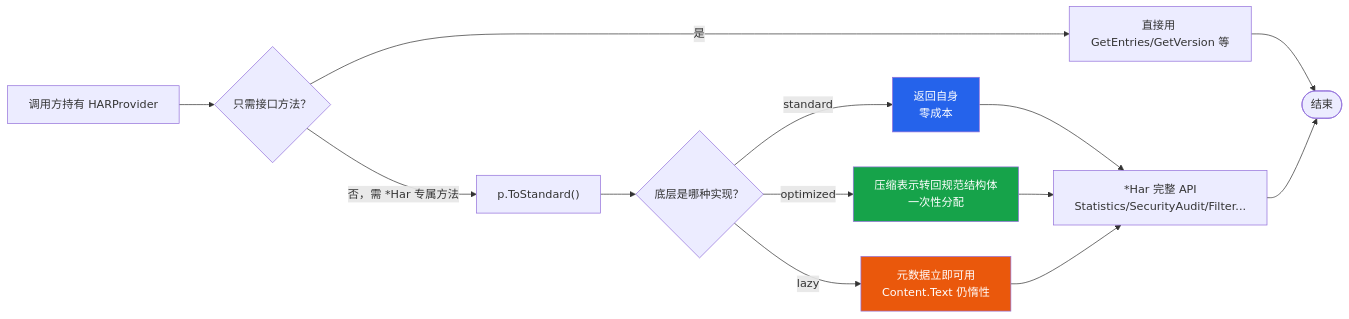
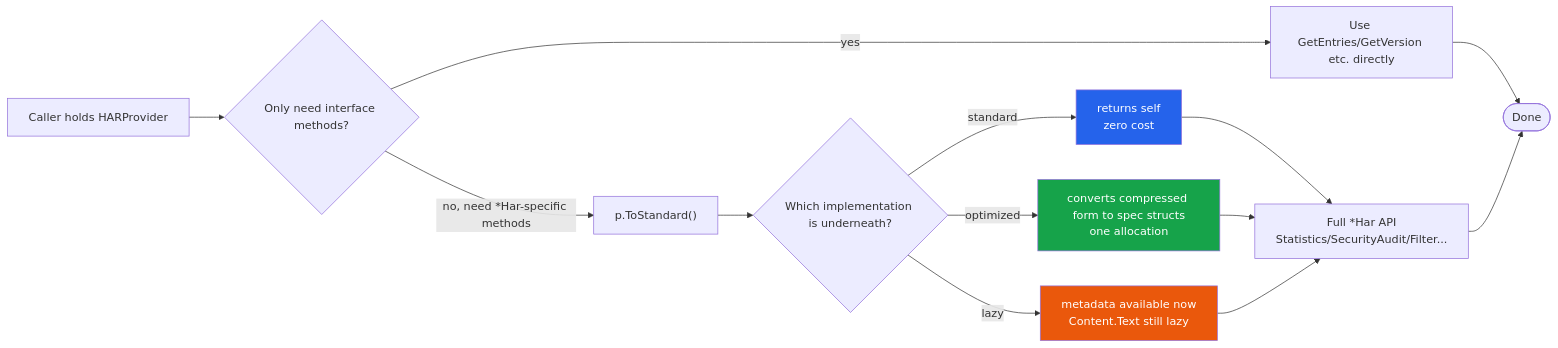
Before and after one commit to hitechcloud-vietnam/har-skills: the third of 3 diagrams in website/zh/sdk/providers.md, drawn with Mermaid. The commit also changed other lines of this file and 97 other files, not shown here.

````diff
--- a/website/zh/sdk/providers.md
+++ b/website/zh/sdk/providers.md
@@ -345,22 +345,22 @@
 ```mermaid
 flowchart LR
-    A[调用方持有 HARProvider] --> B{只需接口方法？}
-    B -- 是 --> C[直接用 GetEntries/GetVersion 等]
-    B -- 否，需 *Har 专属方法 --> D["p.ToStandard()"]
-    D --> E{底层是哪种实现？}
-    E -- standard --> F1[返回自身<br/>零成本]
-    E -- optimized --> F2[压缩表示转回规范结构体<br/>一次性分配]
-    E -- lazy --> F3[元数据立即可用<br/>Content.Text 仍惰性]
-    F1 --> G[*Har 完整 API<br/>Statistics/SecurityAudit/Filter...]
+    A[Caller holds HARProvider] --> B{Only need interface methods?}
+    B -- yes --> C[Use GetEntries/GetVersion etc. directly]
+    B -- no, need *Har-specific methods --> D["p.ToStandard()"]
+    D --> E{Which implementation is underneath?}
+    E -- standard --> F1[returns self<br/>zero cost]
+    E -- optimized --> F2[converts compressed form to spec structs<br/>one allocation]
+    E -- lazy --> F3[metadata available now<br/>Content.Text still lazy]
+    F1 --> G[Full *Har API<br/>Statistics/SecurityAudit/Filter...]
     F2 --> G
     F3 --> G
-    C --> End([结束])
+    C --> End([Done])
     G --> End
 
     F1:::blue
     F2:::green
     F3:::orange
     classDef blue fill:#2563eb,color:#fff;
     classDef green fill:#16a34a,color:#fff;
     classDef orange fill:#ea580c,color:#fff;
 ```
````
